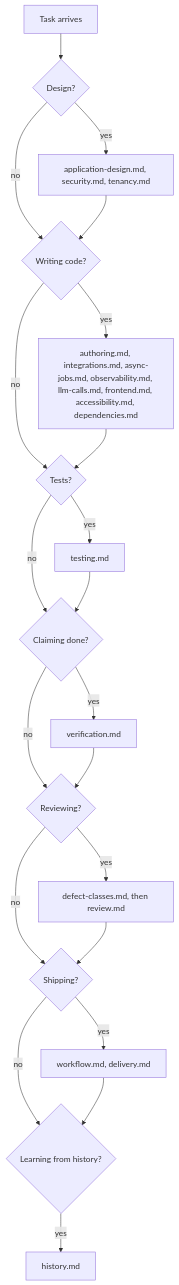
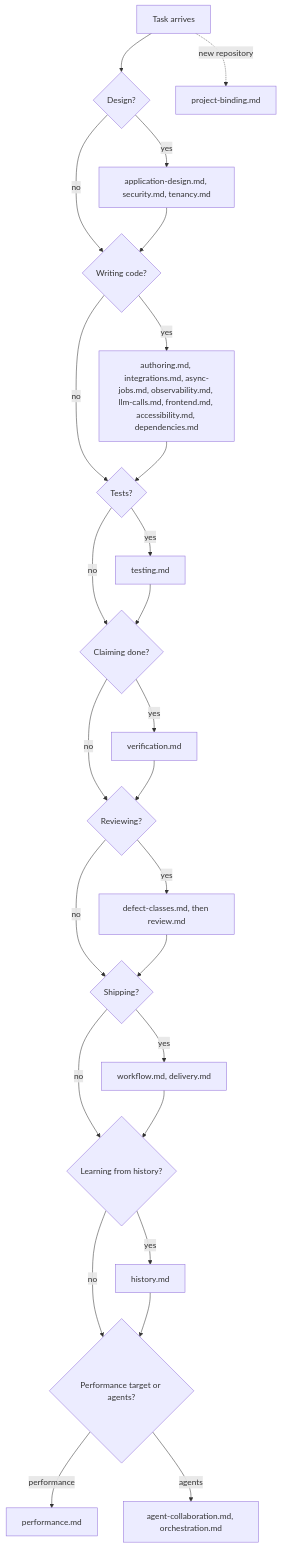
The first of 3 diagrams in README.md (abhimanyusingh-gh/Arkon), drawn with Mermaid before and after one commit. The commit also changed other lines of this file and 7 other files, not shown here.

````diff
--- a/README.md
+++ b/README.md
@@ -54,23 +57,28 @@
 ```mermaid
 flowchart TD
     Start["Task arrives"] --> Q1{"Design?"}
     Q1 -->|yes| R1["application-design.md, security.md, tenancy.md"]
     Q1 -->|no| Q2{"Writing code?"}
     R1 --> Q2
     Q2 -->|yes| R2["authoring.md, integrations.md, async-jobs.md, observability.md, llm-calls.md, frontend.md, accessibility.md, dependencies.md"]
     Q2 -->|no| Q3{"Tests?"}
     R2 --> Q3
     Q3 -->|yes| R3["testing.md"]
     Q3 -->|no| Q4{"Claiming done?"}
     R3 --> Q4
     Q4 -->|yes| R4["verification.md"]
     Q4 -->|no| Q5{"Reviewing?"}
     R4 --> Q5
     Q5 -->|yes| R5["defect-classes.md, then review.md"]
     Q5 -->|no| Q6{"Shipping?"}
     R5 --> Q6
     Q6 -->|yes| R6["workflow.md, delivery.md"]
     Q6 -->|no| Q7{"Learning from history?"}
     R6 --> Q7
     Q7 -->|yes| R7["history.md"]
+    Q7 -->|no| Q8{"Performance target or agents?"}
+    R7 --> Q8
+    Q8 -->|performance| R8["performance.md"]
+    Q8 -->|agents| R9["agent-collaboration.md, orchestration.md"]
+    Start -.->|new repository| R10["project-binding.md"]
 ```
````
